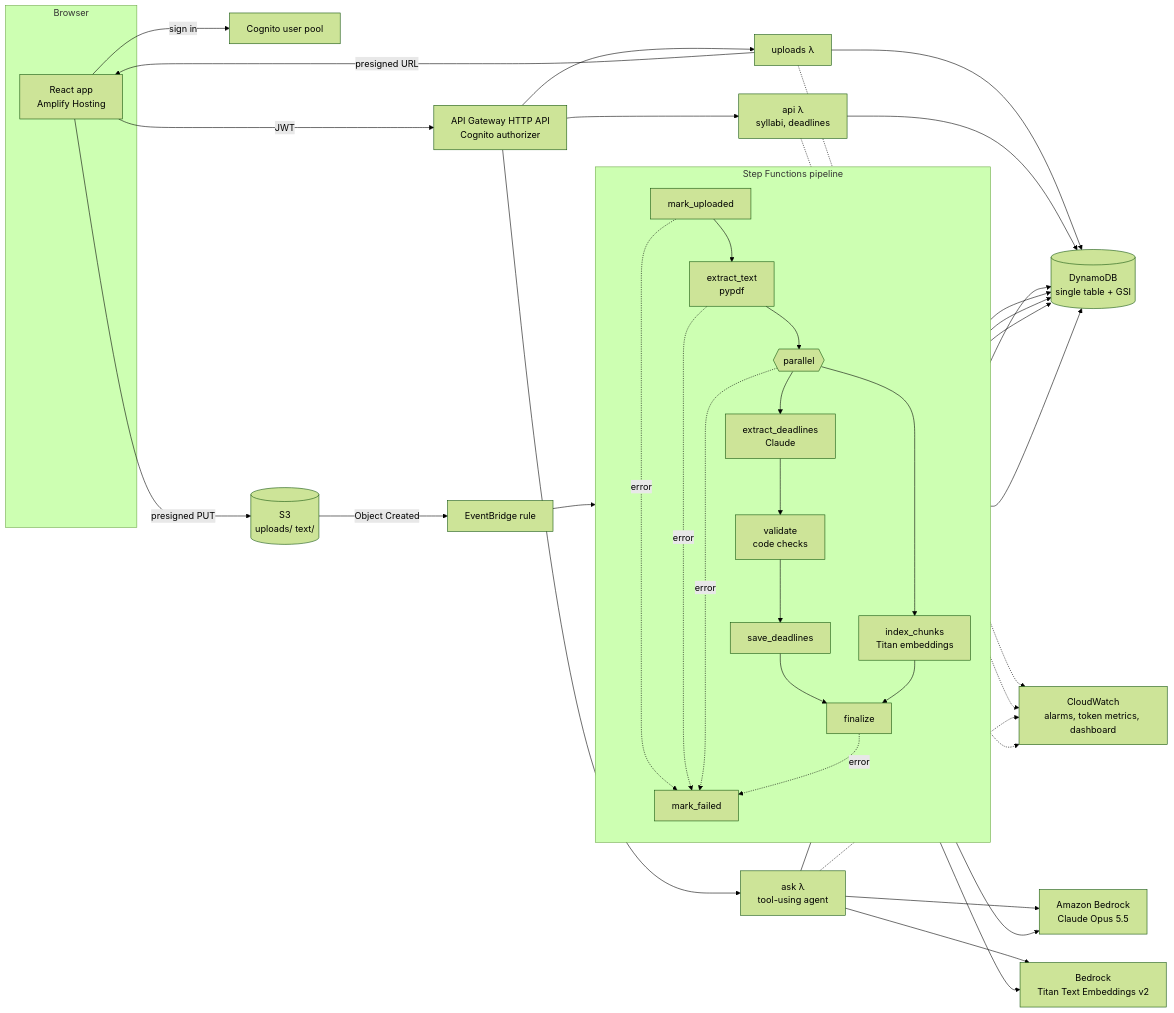
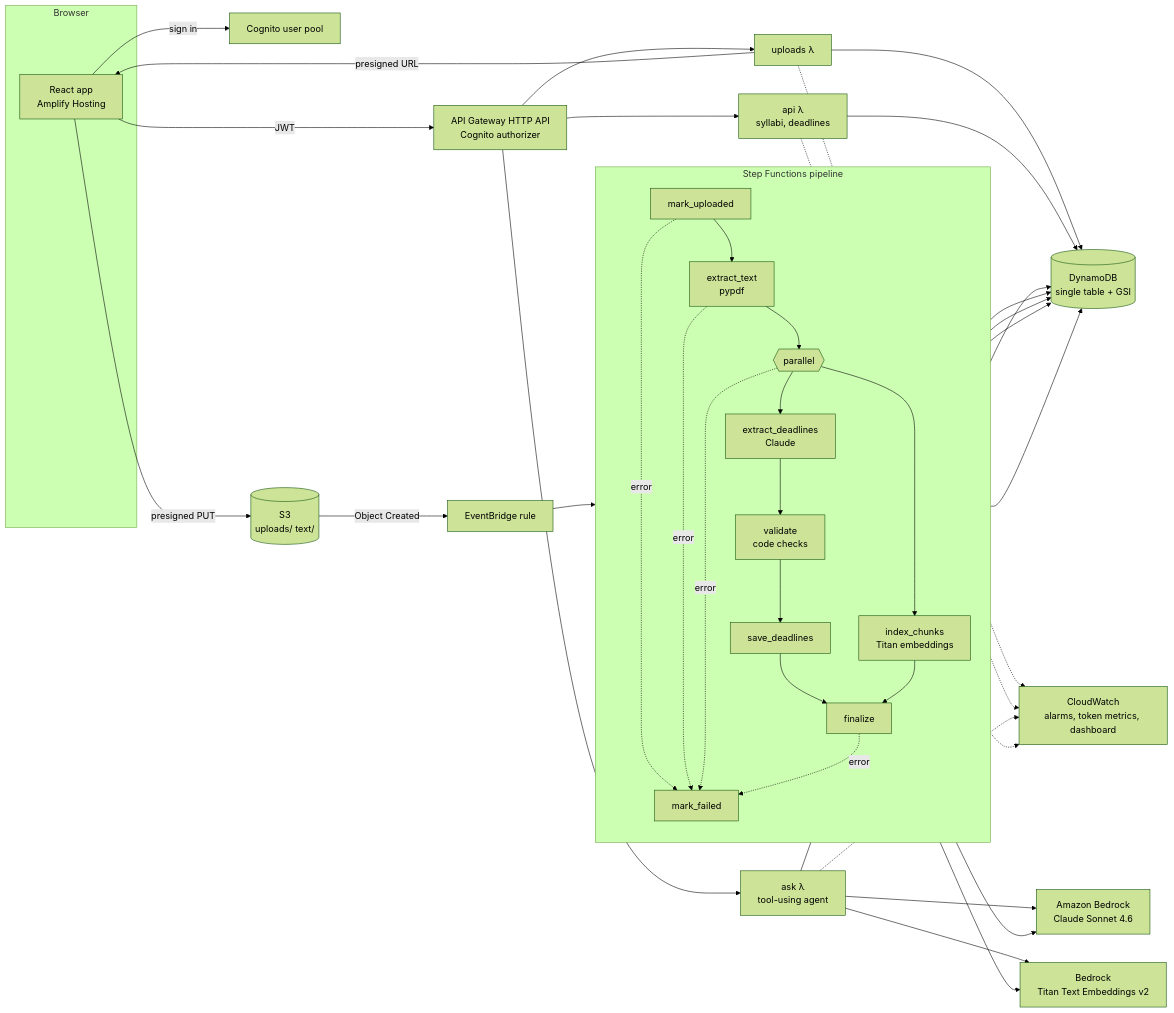
Before and after one commit to WassayShahid/syllabus-agent: the diagram in README.md, drawn with Mermaid (forest theme). The commit also changed other lines of this file and 7 other files, not shown here.

````diff
--- a/README.md
+++ b/README.md
@@ -12,32 +12,32 @@
 ```mermaid
 flowchart LR
     subgraph Browser
       UI[React app<br/>Amplify Hosting]
     end
     UI -- sign in --> COG[Cognito user pool]
     UI -- JWT --> API[API Gateway HTTP API<br/>Cognito authorizer]
     UI -- presigned PUT --> S3[(S3<br/>uploads/ text/)]
 
     API --> UP[uploads λ] -- presigned URL --> UI
     API --> RD[api λ<br/>syllabi, deadlines]
     API --> ASK[ask λ<br/>tool-using agent]
 
     S3 -- Object Created --> EB[EventBridge rule]
     EB --> SFN
 
     subgraph SFN[Step Functions pipeline]
       direction TB
       M[mark_uploaded] --> T[extract_text<br/>pypdf]
       T --> P{{parallel}}
       P --> X[extract_deadlines<br/>Claude] --> V[validate<br/>code checks] --> SV[save_deadlines]
       P --> IX[index_chunks<br/>Titan embeddings]
       SV --> F[finalize]
       IX --> F
       M & T & P & F -. error .-> FAIL[mark_failed]
     end
 
-    X & ASK --> BR[Amazon Bedrock<br/>Claude Opus 5.5]
+    X & ASK --> BR[Amazon Bedrock<br/>Claude Sonnet 4.6]
     IX & ASK --> TI[Bedrock<br/>Titan Text Embeddings v2]
     UP & RD & ASK & SV & IX & F & FAIL --> DDB[(DynamoDB<br/>single table + GSI)]
     SFN & UP & RD & ASK -.-> CW[CloudWatch<br/>alarms, token metrics, dashboard]
 ```
````
